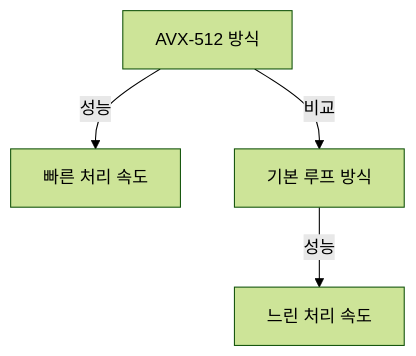
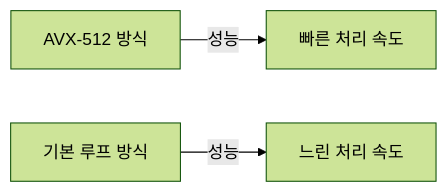
Before and after one commit to 42jerrykim/42jerrykim.github.io: the seventh of 10 diagrams in content/post/2024/2024-11-08-FFmpeg/index.md, drawn with Mermaid (forest theme). The commit also changed other lines of this file and 239 other files, not shown here.

````diff
--- a/content/post/2024/2024-11-08-FFmpeg/index.md
+++ b/content/post/2024/2024-11-08-FFmpeg/index.md
@@ -424,6 +343,9 @@
 ```mermaid
-graph TD;
-    A[AVX-512 방식] -->|성능| B[빠른 처리 속도]
-    C[기본 루프 방식] -->|성능| D[느린 처리 속도]
-    A -->|비교| C
+graph LR
+    avx512Style["AVX-512 방식"]
+    basicStyle["기본 루프 방식"]
+    fastResult["빠른 처리 속도"]
+    slowResult["느린 처리 속도"]
+    avx512Style -->|"성능"| fastResult
+    basicStyle -->|"성능"| slowResult
 ```
````
